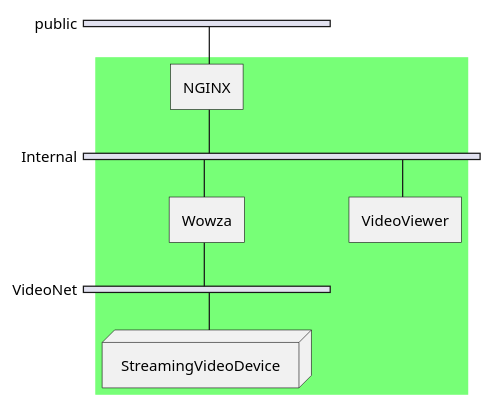
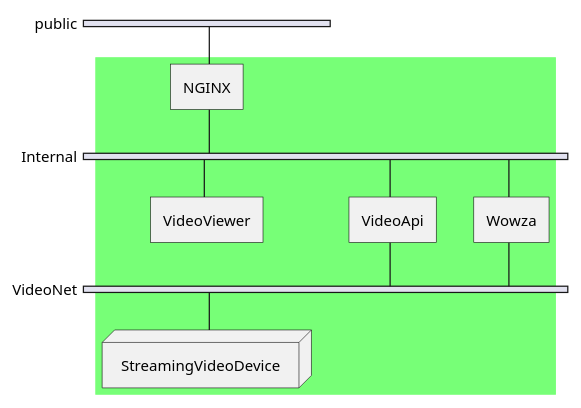
One commit to DaveBubenik/docker-video-site changed the diagram in design/SystemArchitecture.wsd. Above: the diagram before and after it, drawn with PlantUML. The commit also changed 18 other files, not shown here.

Commit message:
Added Api server with communication to live video streaming devices. Added buttons to live page to allow start/stop of video.

```diff
--- a/design/SystemArchitecture.wsd
+++ b/design/SystemArchitecture.wsd
@@ -1,26 +1,29 @@
 @startuml
 nwdiag {
   // define group at outside network definitions
   group DockerVideoSystem {
     color = "#77FF77";
 
     NGINX;
+    VideoViewer;
+    VideoApi;
     Wowza;
-    VideoViewer;
     StreamingVideoDevice
   }
 
   network public {
     NGINX;
   }
   network Internal {
     NGINX;
+    VideoViewer;
+    VideoApi;
     Wowza;
-    VideoViewer;
   }
   network VideoNet {
+    VideoApi;
     Wowza;
     StreamingVideoDevice [ shape = node ]
   }
 }
 @enduml
```
